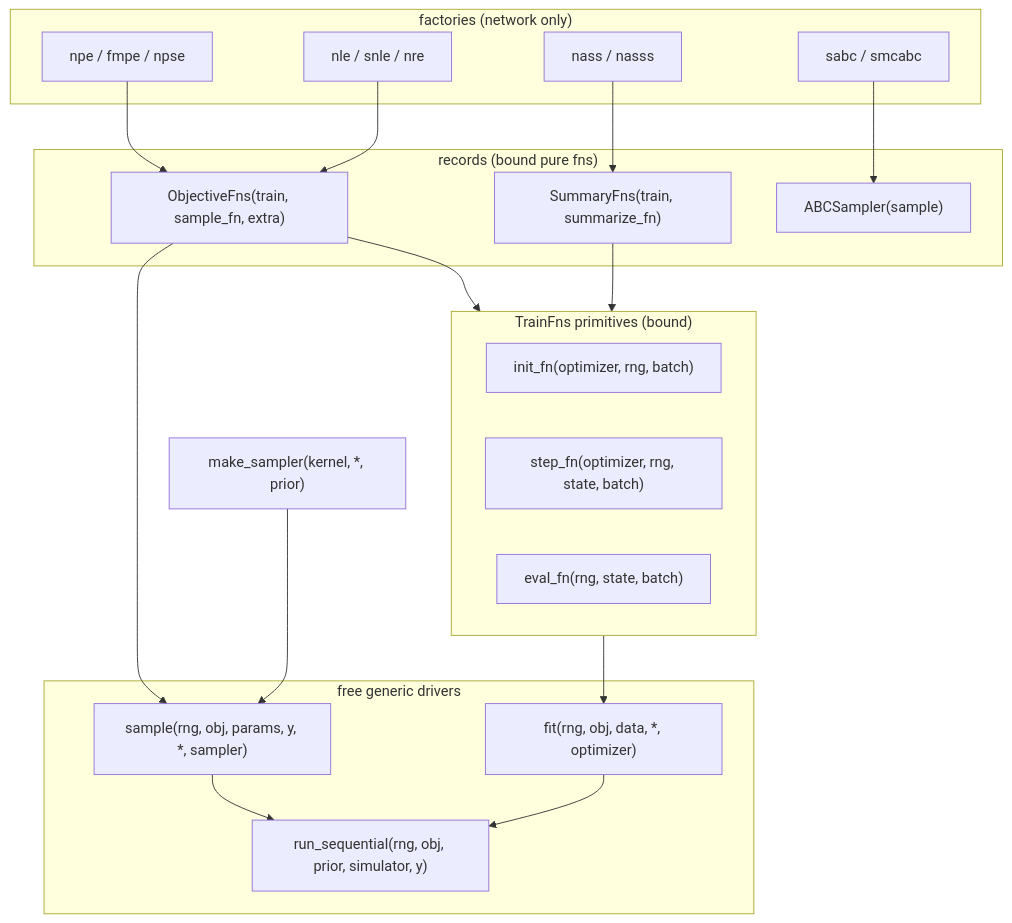
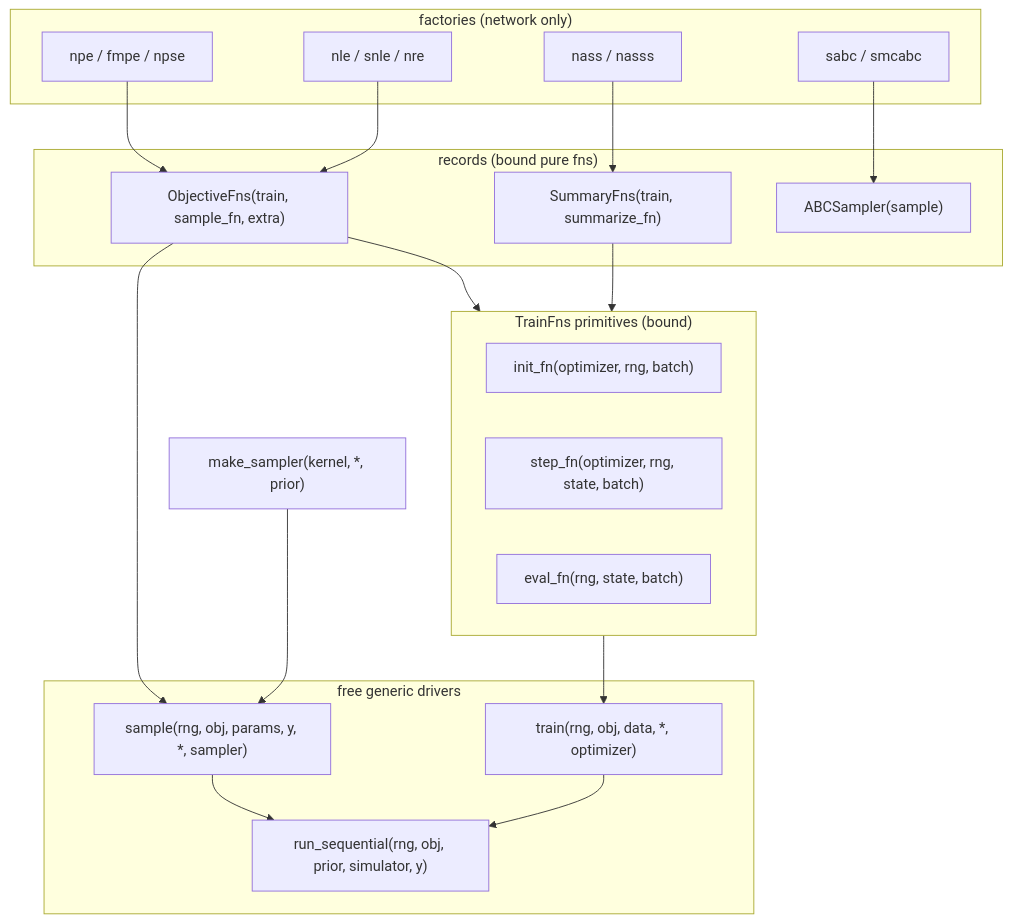
Before and after one commit to dirmeier/sbijax: the first of 5 diagrams in docs/design.rst, drawn with Mermaid. The commit also changed other lines of this file and 22 other files, not shown here.

Commit message:
refactor(sbijax)!: rename fit driver to train

```diff
--- a/docs/design.rst
+++ b/docs/design.rst
@@ -76,37 +76,37 @@
 .. mermaid::
 
     flowchart TB
       subgraph factories["factories (network only)"]
         npe["npe / fmpe / npse"]
         nle["nle / snle / nre"]
         nass["nass / nasss"]
         abc["sabc / smcabc"]
       end
       subgraph records["records (bound pure fns)"]
         OF["ObjectiveFns(train, sample_fn, extra)"]
         SF["SummaryFns(train, summarize_fn)"]
         AB["ABCSampler(sample)"]
       end
       subgraph tf["TrainFns primitives (bound)"]
         initf["init_fn(optimizer, rng, batch)"]
         stepf["step_fn(optimizer, rng, state, batch)"]
         evalf["eval_fn(rng, state, batch)"]
       end
       subgraph drivers["free generic drivers"]
-        fitd["fit(rng, obj, data, *, optimizer)"]
+        fitd["train(rng, obj, data, *, optimizer)"]
         sampd["sample(rng, obj, params, y, *, sampler)"]
         seqd["run_sequential(rng, obj, prior, simulator, y)"]
       end
       mk["make_sampler(kernel, *, prior)"]
 
       npe --> OF
       nle --> OF
       nass --> SF
       abc --> AB
       OF --> tf
       SF --> tf
       tf --> fitd
       OF --> sampd
       mk --> sampd
       fitd --> seqd
       sampd --> seqd
```
